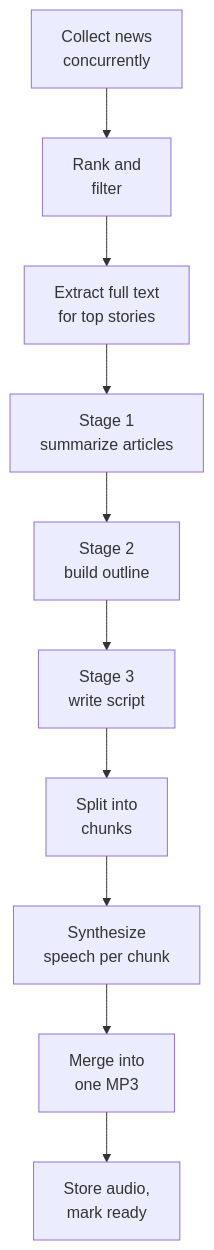
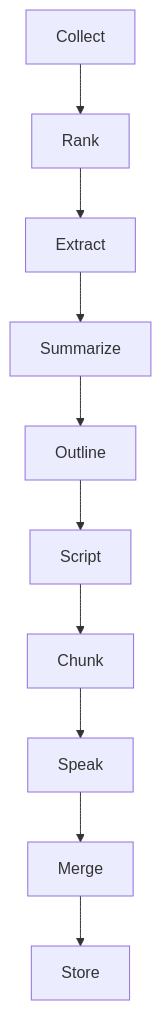
Before and after one commit to Miles762/-Hardik-personal-podcast-generator: the second of 2 diagrams in solution.md, drawn with Mermaid. The commit also changed other lines of this file and 1 other file, not shown here.

Commit message:
Shorten Mermaid node labels so they render without clipping

````diff
--- a/solution.md
+++ b/solution.md
@@ -53,12 +53,12 @@
 ```mermaid
 flowchart TB
-  A["Collect news<br/>concurrently"] --> B["Rank and<br/>filter"]
-  B --> C["Extract full text<br/>for top stories"]
-  C --> D["Stage 1<br/>summarize articles"]
-  D --> E["Stage 2<br/>build outline"]
-  E --> F["Stage 3<br/>write script"]
-  F --> G["Split into<br/>chunks"]
-  G --> H["Synthesize<br/>speech per chunk"]
-  H --> I["Merge into<br/>one MP3"]
-  I --> J["Store audio,<br/>mark ready"]
+  A["Collect"] --> B["Rank"]
+  B --> C["Extract"]
+  C --> D["Summarize"]
+  D --> E["Outline"]
+  E --> F["Script"]
+  F --> G["Chunk"]
+  G --> H["Speak"]
+  H --> I["Merge"]
+  I --> J["Store"]
 ```
````
